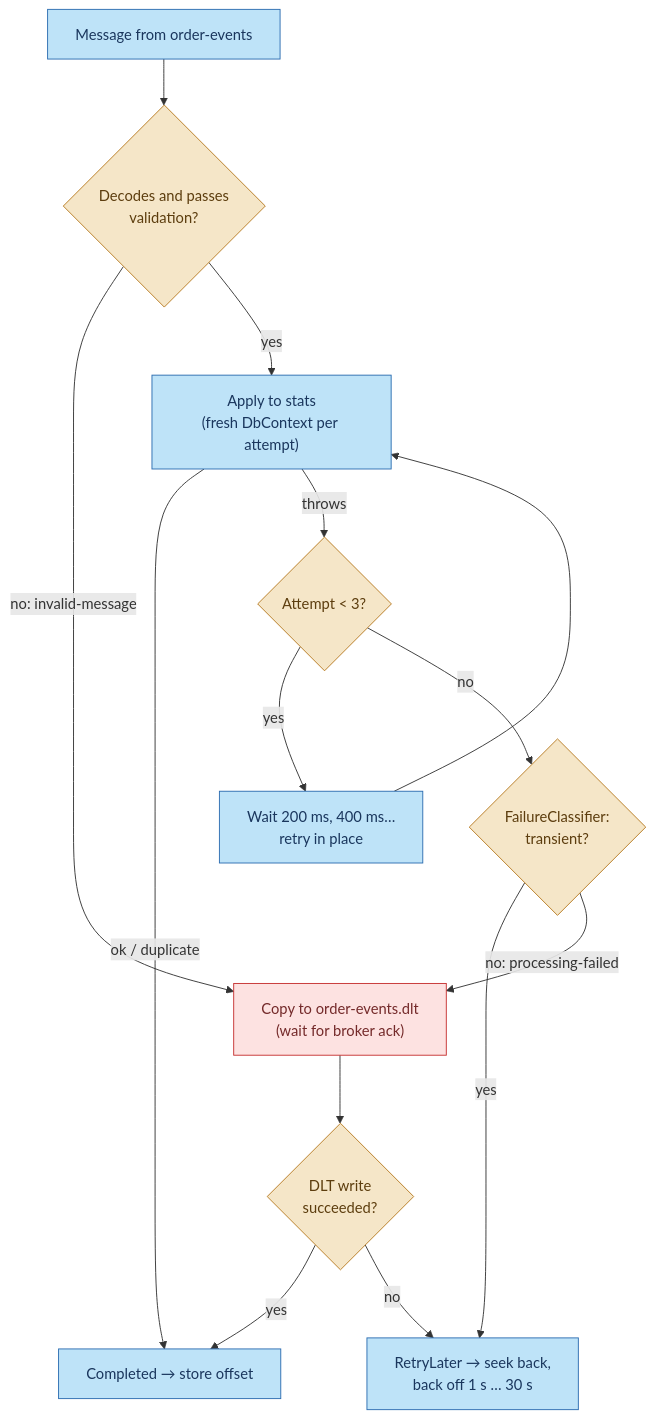
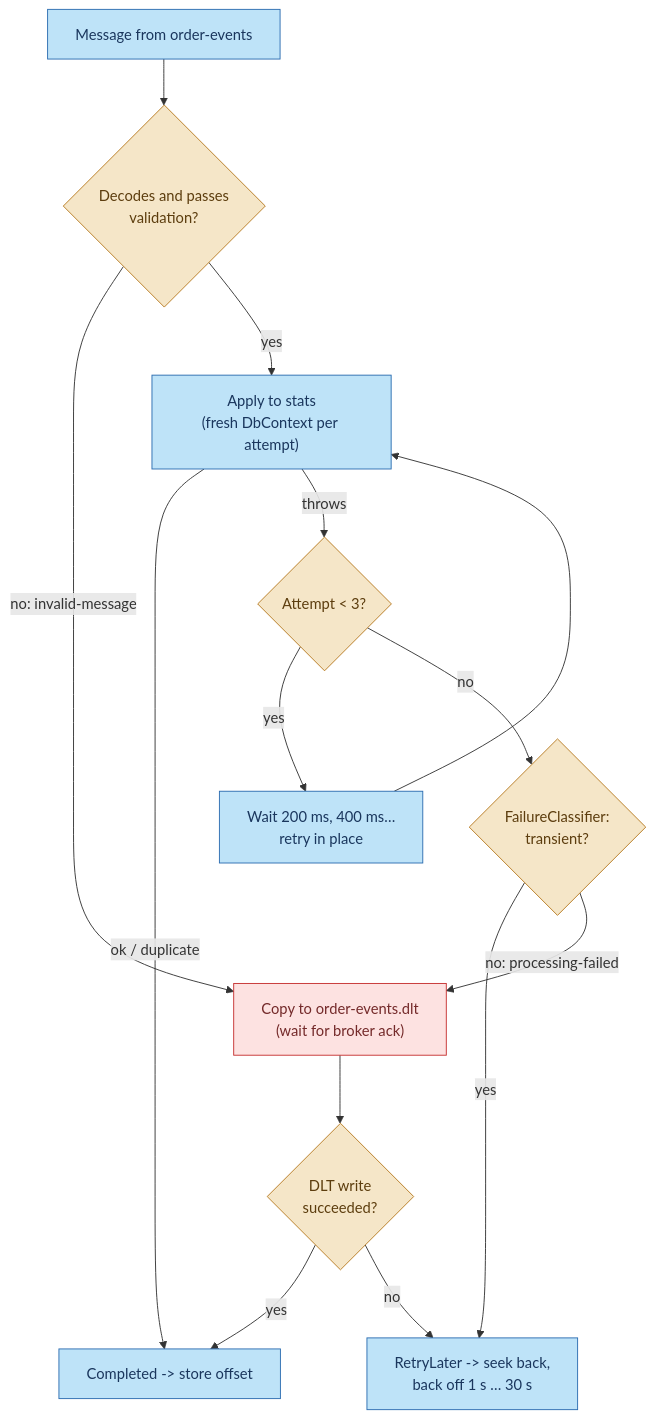
One commit to ring9834/BrewQueue changed the third of 4 diagrams in docs/dead-letter-queues.md. Above: the diagram before and after it, drawn with Mermaid. The commit also changed other lines of this file and 5 other files, not shown here.

````diff
--- a/docs/dead-letter-queues.md
+++ b/docs/dead-letter-queues.md
@@ -197,30 +197,30 @@
 ```mermaid
 flowchart TD
     m["Message from order-events"]:::code
     dec{"Decodes and passes<br/>validation?"}:::infra
     apply["Apply to stats<br/>(fresh DbContext per attempt)"]:::code
-    done["Completed → store offset"]:::code
+    done["Completed -> store offset"]:::code
     att{"Attempt < 3?"}:::infra
     wait["Wait 200 ms, 400 ms…<br/>retry in place"]:::code
     tr{"FailureClassifier:<br/>transient?"}:::infra
-    later["RetryLater → seek back,<br/>back off 1 s … 30 s"]:::code
+    later["RetryLater -> seek back,<br/>back off 1 s … 30 s"]:::code
     dlt["Copy to order-events.dlt<br/>(wait for broker ack)"]:::bad
     dltok{"DLT write<br/>succeeded?"}:::infra
 
     m --> dec
     dec -- "no: invalid-message" --> dlt
     dec -- "yes" --> apply
     apply -- "ok / duplicate" --> done
     apply -- "throws" --> att
     att -- "yes" --> wait --> apply
     att -- "no" --> tr
     tr -- "yes" --> later
     tr -- "no: processing-failed" --> dlt
     dlt --> dltok
     dltok -- "yes" --> done
     dltok -- "no" --> later
 
     classDef code fill:#BEE3F8,stroke:#2B6CB0,color:#1A365D
     classDef infra fill:#F5E6C8,stroke:#B7791F,color:#5C3D0E
     classDef bad fill:#FDE2E1,stroke:#C53030,color:#742A2A
 ```
````
